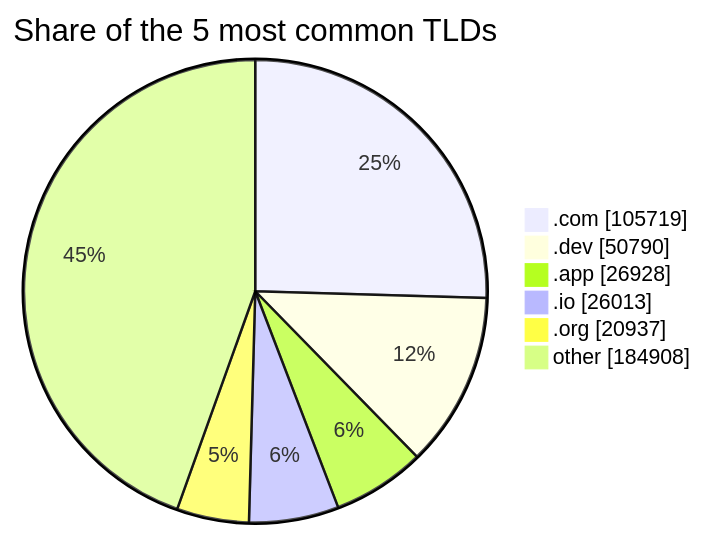
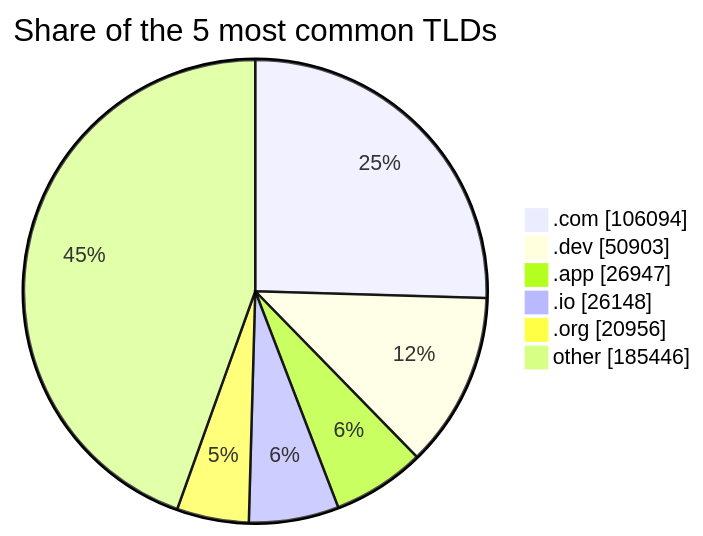
One commit to DNSBunker/CTI changed the third of 3 diagrams in README.md. Above: the diagram before and after it, drawn with Mermaid. The commit also changed other lines of this file and 3 other files, not shown here.

````diff
--- a/README.md
+++ b/README.md
@@ -81,9 +81,9 @@
 ```mermaid
 pie showData title Share of the 5 most common TLDs
-    ".com" : 105719
-    ".dev" : 50790
-    ".app" : 26928
-    ".io" : 26013
-    ".org" : 20937
-    "other" : 184908
+    ".com" : 106094
+    ".dev" : 50903
+    ".app" : 26947
+    ".io" : 26148
+    ".org" : 20956
+    "other" : 185446
 ```
````
